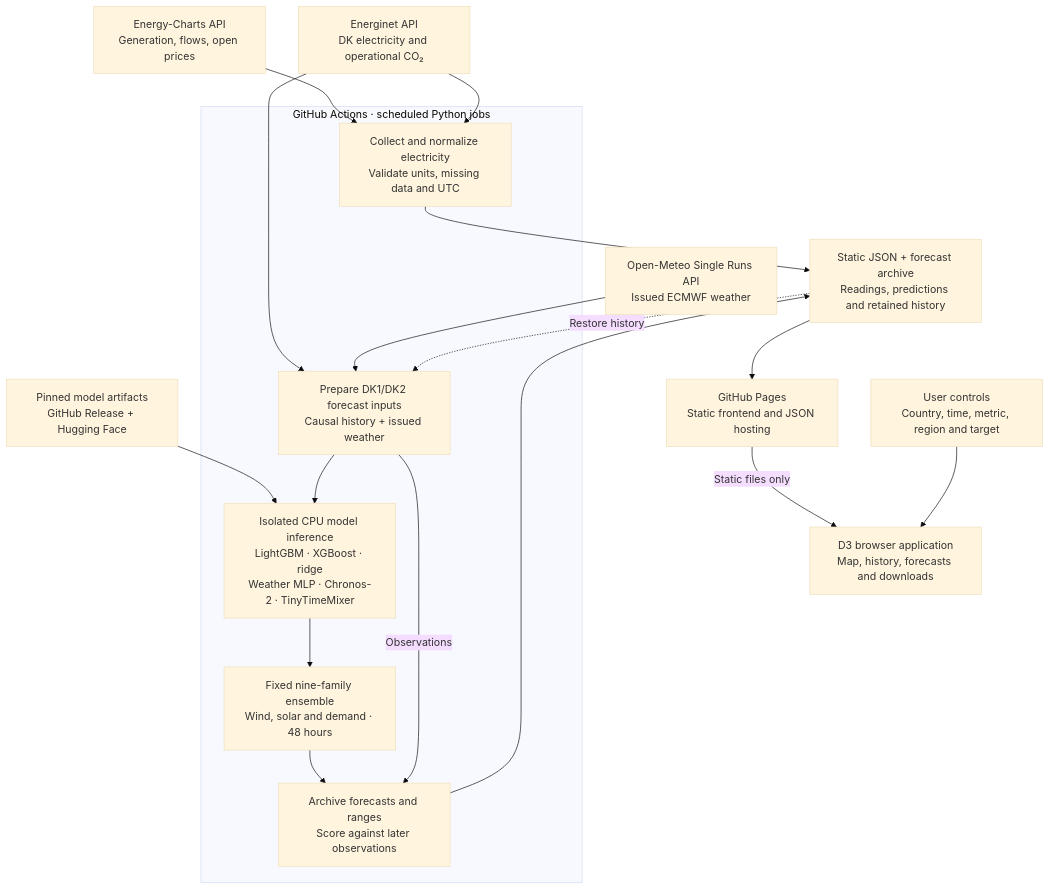
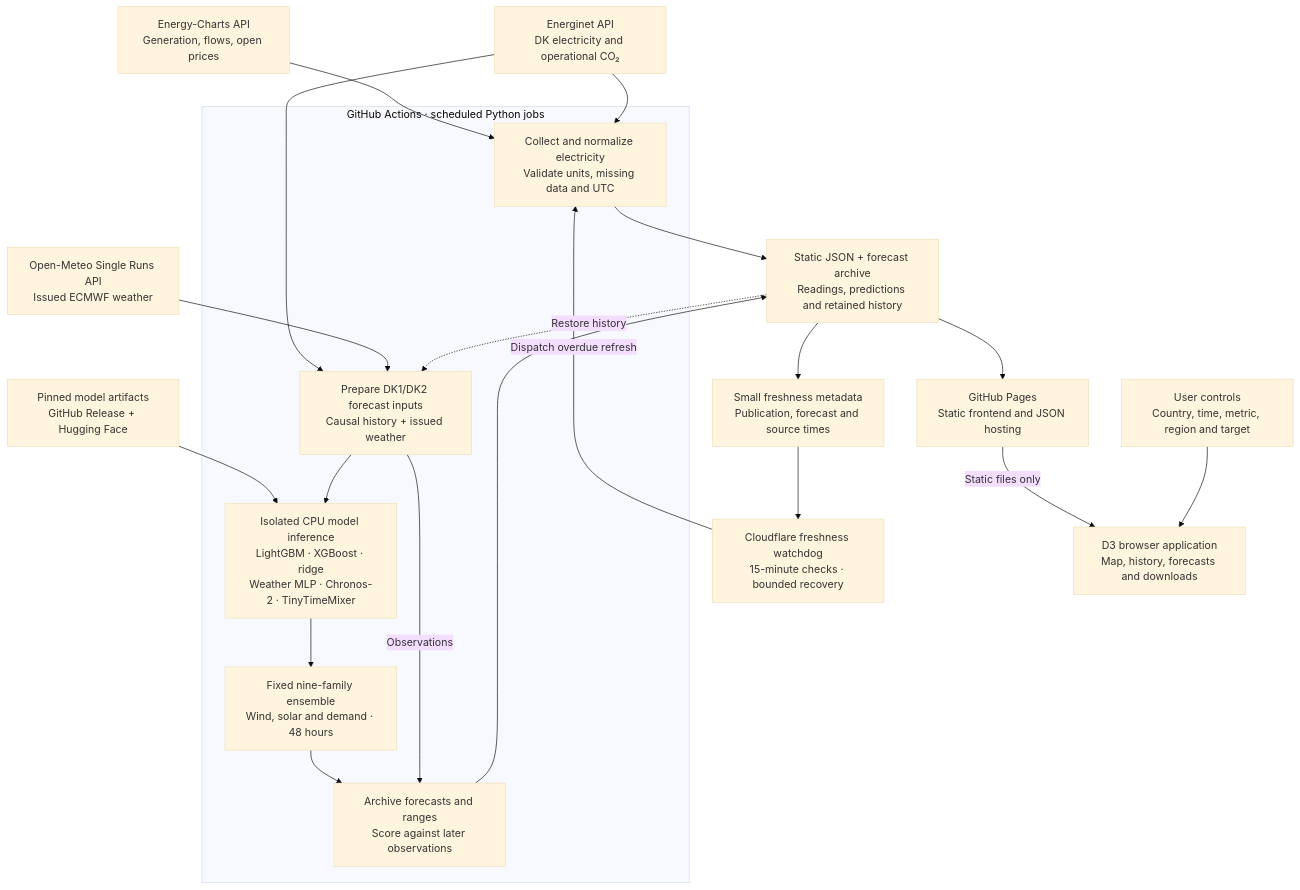
The diagram in README.md (HuayuanSong/open-current), drawn with Mermaid (base theme) before and after one commit. The commit also changed other lines of this file and 19 other files, not shown here.

Commit message:
Add independent freshness watchdog and bounded refresh recovery

````diff
--- a/README.md
+++ b/README.md
@@ -48,36 +48,41 @@
 ```mermaid
 flowchart TB
     energy["Energy-Charts API<br/>Generation, flows, open prices"]
     energinet["Energinet API<br/>DK electricity and operational CO₂"]
     weather["Open-Meteo Single Runs API<br/>Issued ECMWF weather"]
     weights["Pinned model artifacts<br/>GitHub Release + Hugging Face"]
+    watchdog["Cloudflare freshness watchdog<br/>15-minute checks · bounded recovery"]
+    health["Small freshness metadata<br/>Publication, forecast and source times"]
 
     subgraph actions["GitHub Actions · scheduled Python jobs"]
         collect["Collect and normalize electricity<br/>Validate units, missing data and UTC"]
         inputs["Prepare DK1/DK2 forecast inputs<br/>Causal history + issued weather"]
         models["Isolated CPU model inference<br/>LightGBM · XGBoost · ridge<br/>Weather MLP · Chronos-2 · TinyTimeMixer"]
         blend["Fixed nine-family ensemble<br/>Wind, solar and demand · 48 hours"]
         evaluate["Archive forecasts and ranges<br/>Score against later observations"]
     end
 
     archive["Static JSON + forecast archive<br/>Readings, predictions and retained history"]
     pages["GitHub Pages<br/>Static frontend and JSON hosting"]
     browser["D3 browser application<br/>Map, history, forecasts and downloads"]
     user["User controls<br/>Country, time, metric, region and target"]
 
     energy --> collect
     energinet --> collect
     energinet --> inputs
     weather --> inputs
     weights --> models
     inputs --> models
     models --> blend
     blend --> evaluate
     inputs -->|Observations| evaluate
     collect --> archive
     evaluate --> archive
     archive -.->|Restore history| inputs
     archive --> pages
     pages -->|Static files only| browser
     user --> browser
+    archive --> health
+    health --> watchdog
+    watchdog -->|Dispatch overdue refresh| collect
 ```
````
